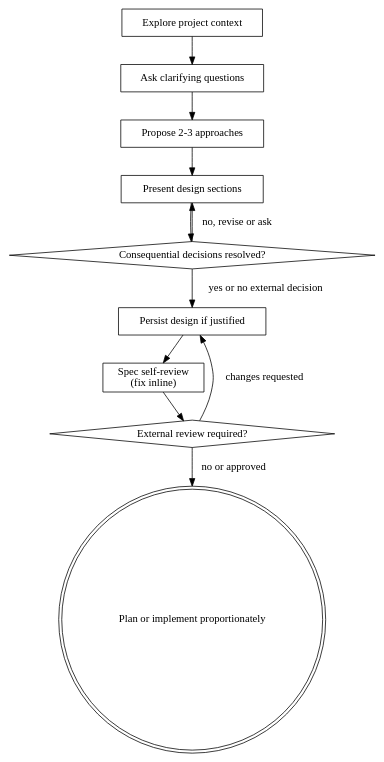
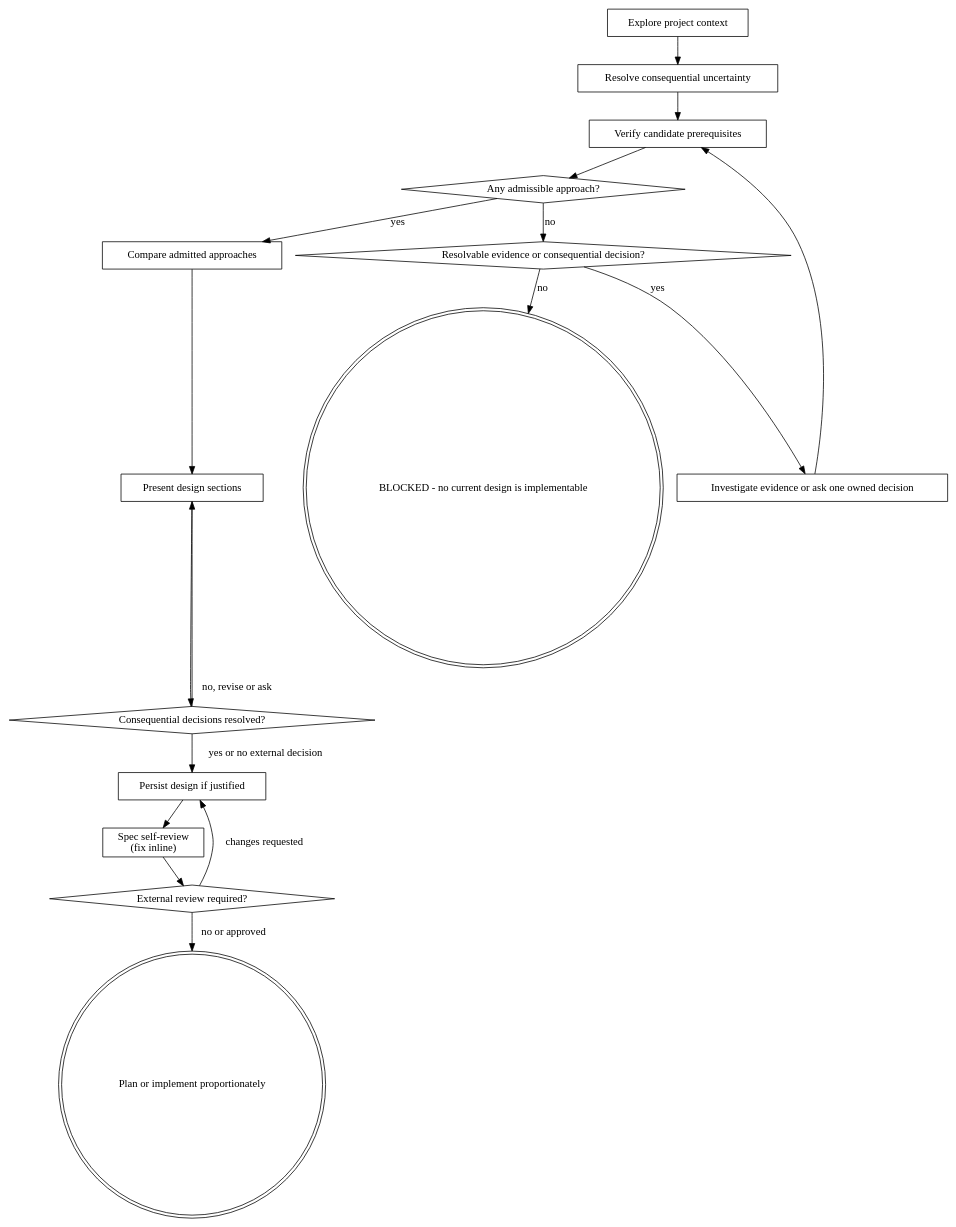
One commit to Pzixel/superpowers-psilon changed the diagram in superpowers-brainstorming-psilon/SKILL.md. Above: the diagram before and after it, drawn with Graphviz. The commit also changed other lines of this file and 31 other files, not shown here.

````diff
--- a/superpowers-brainstorming-psilon/SKILL.md
+++ b/superpowers-brainstorming-psilon/SKILL.md
@@ -38,24 +39,35 @@
 ```dot
 digraph brainstorming {
     "Explore project context" [shape=box];
-    "Ask clarifying questions" [shape=box];
-    "Propose 2-3 approaches" [shape=box];
+    "Resolve consequential uncertainty" [shape=box];
+    "Verify candidate prerequisites" [shape=box];
+    "Any admissible approach?" [shape=diamond];
+    "Resolvable evidence or consequential decision?" [shape=diamond];
+    "Investigate evidence or ask one owned decision" [shape=box];
+    "BLOCKED - no current design is implementable" [shape=doublecircle];
+    "Compare admitted approaches" [shape=box];
     "Present design sections" [shape=box];
     "Consequential decisions resolved?" [shape=diamond];
     "Persist design if justified" [shape=box];
     "Spec self-review\n(fix inline)" [shape=box];
     "External review required?" [shape=diamond];
     "Plan or implement proportionately" [shape=doublecircle];
 
-    "Explore project context" -> "Ask clarifying questions";
-    "Ask clarifying questions" -> "Propose 2-3 approaches";
-    "Propose 2-3 approaches" -> "Present design sections";
+    "Explore project context" -> "Resolve consequential uncertainty";
+    "Resolve consequential uncertainty" -> "Verify candidate prerequisites";
+    "Verify candidate prerequisites" -> "Any admissible approach?";
+    "Any admissible approach?" -> "Resolvable evidence or consequential decision?" [label="no"];
+    "Resolvable evidence or consequential decision?" -> "Investigate evidence or ask one owned decision" [label="yes"];
+    "Investigate evidence or ask one owned decision" -> "Verify candidate prerequisites";
+    "Resolvable evidence or consequential decision?" -> "BLOCKED - no current design is implementable" [label="no"];
+    "Any admissible approach?" -> "Compare admitted approaches" [label="yes"];
+    "Compare admitted approaches" -> "Present design sections";
     "Present design sections" -> "Consequential decisions resolved?";
     "Consequential decisions resolved?" -> "Present design sections" [label="no, revise or ask"];
     "Consequential decisions resolved?" -> "Persist design if justified" [label="yes or no external decision"];
     "Persist design if justified" -> "Spec self-review\n(fix inline)";
     "Spec self-review\n(fix inline)" -> "External review required?";
     "External review required?" -> "Persist design if justified" [label="changes requested"];
     "External review required?" -> "Plan or implement proportionately" [label="no or approved"];
 }
 ```
````
